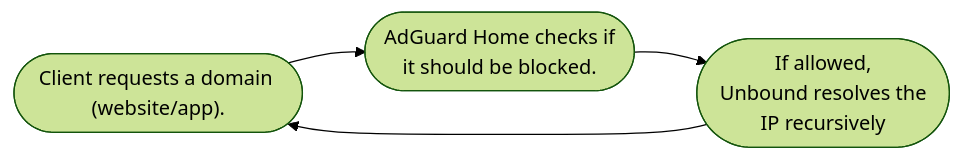
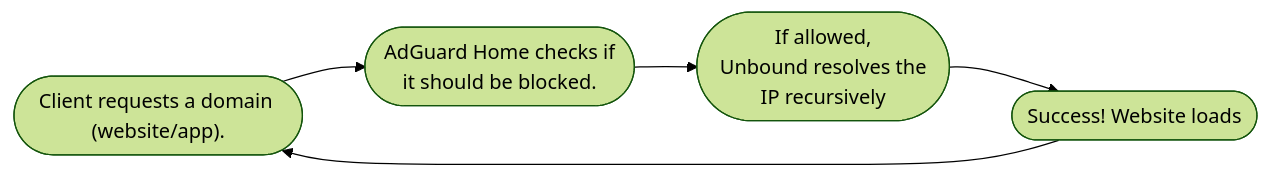
One commit to natanel5/AdGuard-Tailscale-Home-Hub changed the diagram in README.md. Above: the diagram before and after it, drawn with Mermaid (forest theme). The commit also changed other lines of this file and 1 other file, not shown here.

````diff
--- a/README.md
+++ b/README.md
@@ -26,6 +26,7 @@
 ```mermaid
 graph LR;
     A(["Client requests a domain (website/app)."]) --> B(["AdGuard Home checks if <br/>it should be blocked."]);
     B --> C(["If allowed,<br/> Unbound resolves the <br/>IP recursively"]);
-    C --> A;
+    C --> D(["Success! Website loads"]);
+    D --> A
 ```
````
